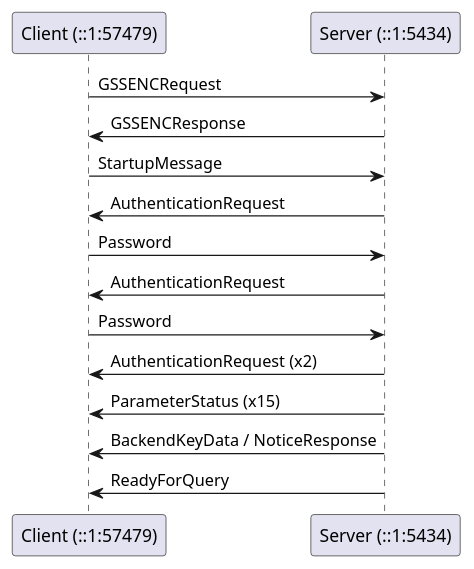
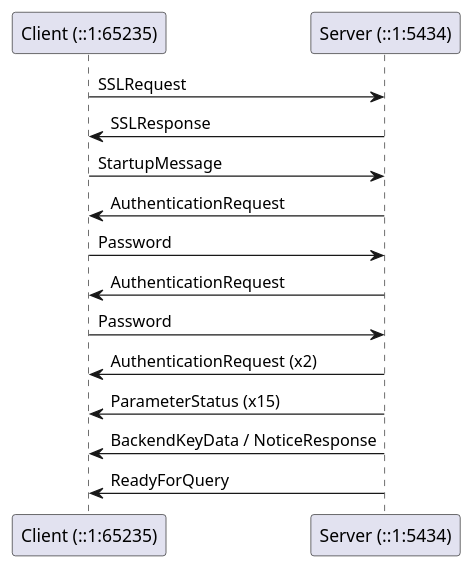
The first of 2 diagrams in docs/examples/exports/pagila-00-startup-handshake-startup-authentication-parameterstatus-readyforquery/capture.plantuml.seq.md (xfischer/pg_protoexport), drawn with PlantUML before and after one commit. The commit also changed other lines of this file and 135 other files, not shown here.

````diff
--- a/docs/examples/exports/pagila-00-startup-handshake-startup-authentication-parameterstatus-readyforquery/capture.plantuml.seq.md
+++ b/docs/examples/exports/pagila-00-startup-handshake-startup-authentication-parameterstatus-readyforquery/capture.plantuml.seq.md
@@ -2,17 +2,17 @@
 ```plantuml
 @startuml
-participant "Client (::1:57479)" as C
+participant "Client (::1:65235)" as C
 participant "Server (::1:5434)" as S
-C -> S : GSSENCRequest
-S -> C : GSSENCResponse
+C -> S : SSLRequest
+S -> C : SSLResponse
 C -> S : StartupMessage
 S -> C : AuthenticationRequest
 C -> S : Password
 S -> C : AuthenticationRequest
 C -> S : Password
 S -> C : AuthenticationRequest (x2)
 S -> C : ParameterStatus (x15)
 S -> C : BackendKeyData / NoticeResponse
 S -> C : ReadyForQuery
 @enduml
 ```
````
